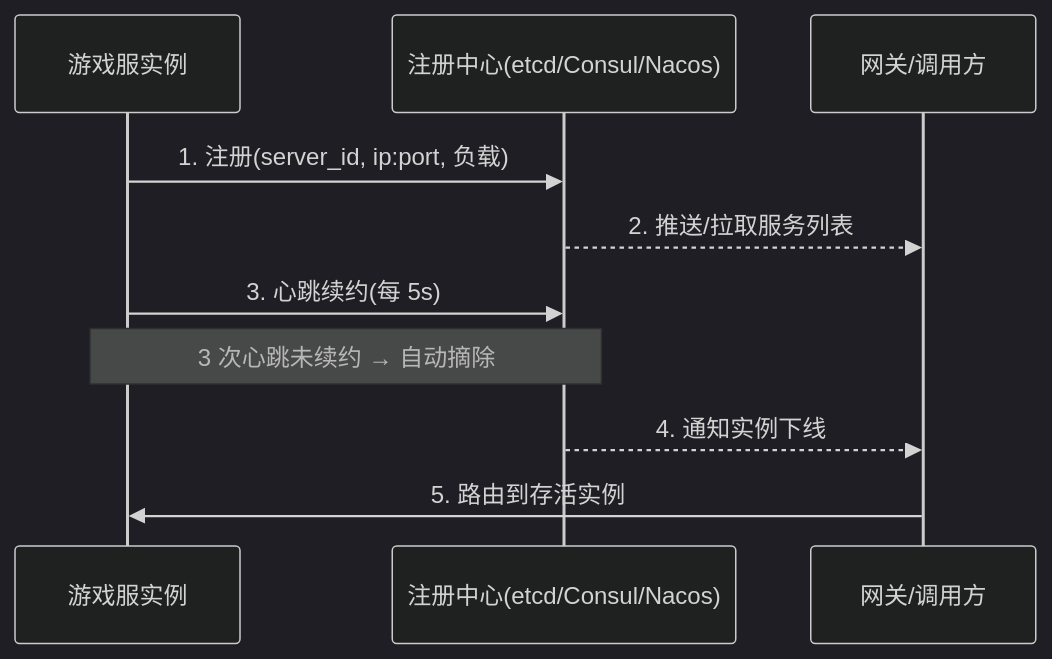
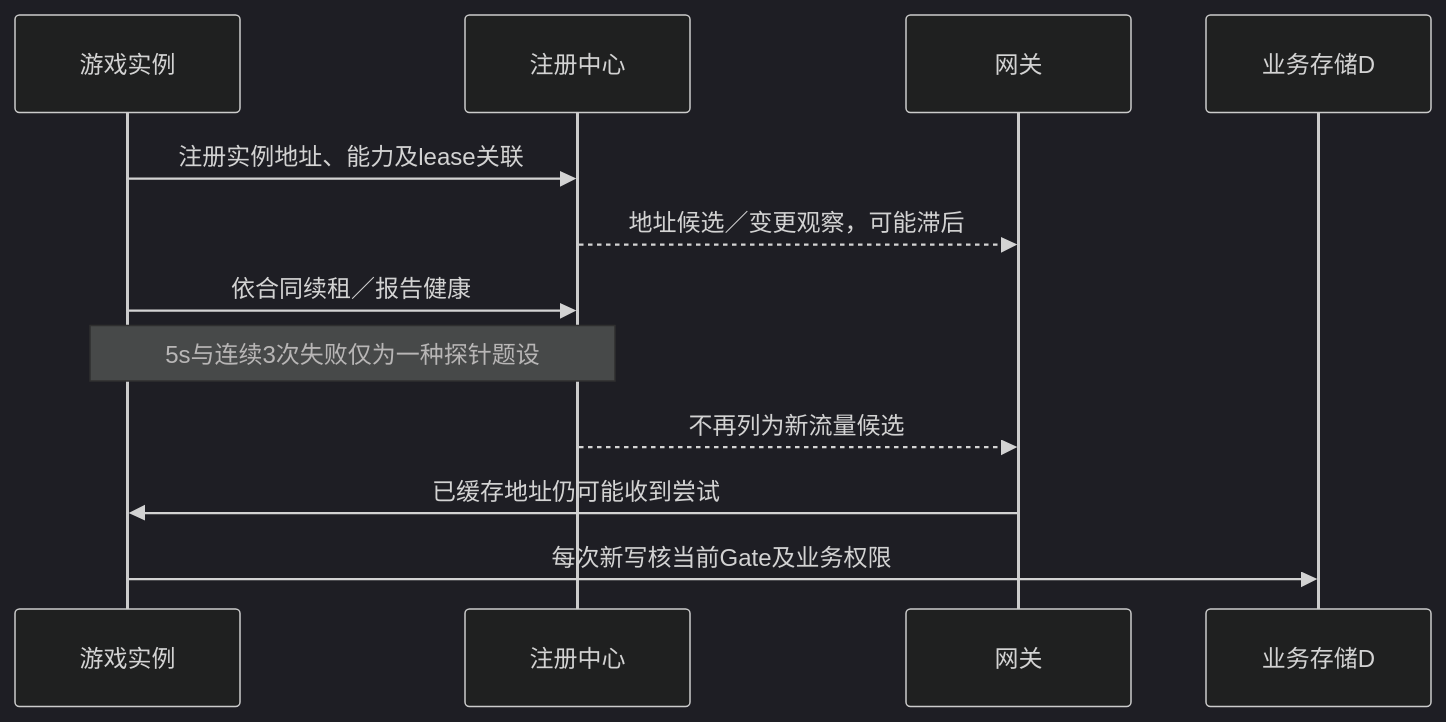
Before and after one commit to fantuan812/learning: the third of 7 diagrams in 知识/07-网络与游戏服务端/持久化与分布式一致性/03-分布式与高可用.md, drawn with Mermaid (dark theme). The commit also changed other lines of this file and 1 other file, not shown here.

````diff
--- a/知识/07-网络与游戏服务端/持久化与分布式一致性/03-分布式与高可用.md
+++ b/知识/07-网络与游戏服务端/持久化与分布式一致性/03-分布式与高可用.md
@@ -161,12 +127,14 @@
 ```mermaid
 sequenceDiagram
-    participant GS as 游戏服实例
-    participant RC as 注册中心(etcd/Consul/Nacos)
-    participant GW as 网关/调用方
-    GS->>RC: 1. 注册(server_id, ip:port, 负载)
-    RC-->>GW: 2. 推送/拉取服务列表
-    GS->>RC: 3. 心跳续约(每 5s)
-    Note over GS,RC: 3 次心跳未续约 → 自动摘除
-    RC-->>GW: 4. 通知实例下线
-    GW->>GS: 5. 路由到存活实例
+    participant GS as 游戏实例
+    participant RC as 注册中心
+    participant GW as 网关
+    participant D as 业务存储D
+    GS->>RC: 注册实例地址、能力及lease关联
+    RC-->>GW: 地址候选／变更观察，可能滞后
+    GS->>RC: 依合同续租／报告健康
+    Note over GS,RC: 5s与连续3次失败仅为一种探针题设
+    RC-->>GW: 不再列为新流量候选
+    GW->>GS: 已缓存地址仍可能收到尝试
+    GS->>D: 每次新写核当前Gate及业务权限
 ```
````
